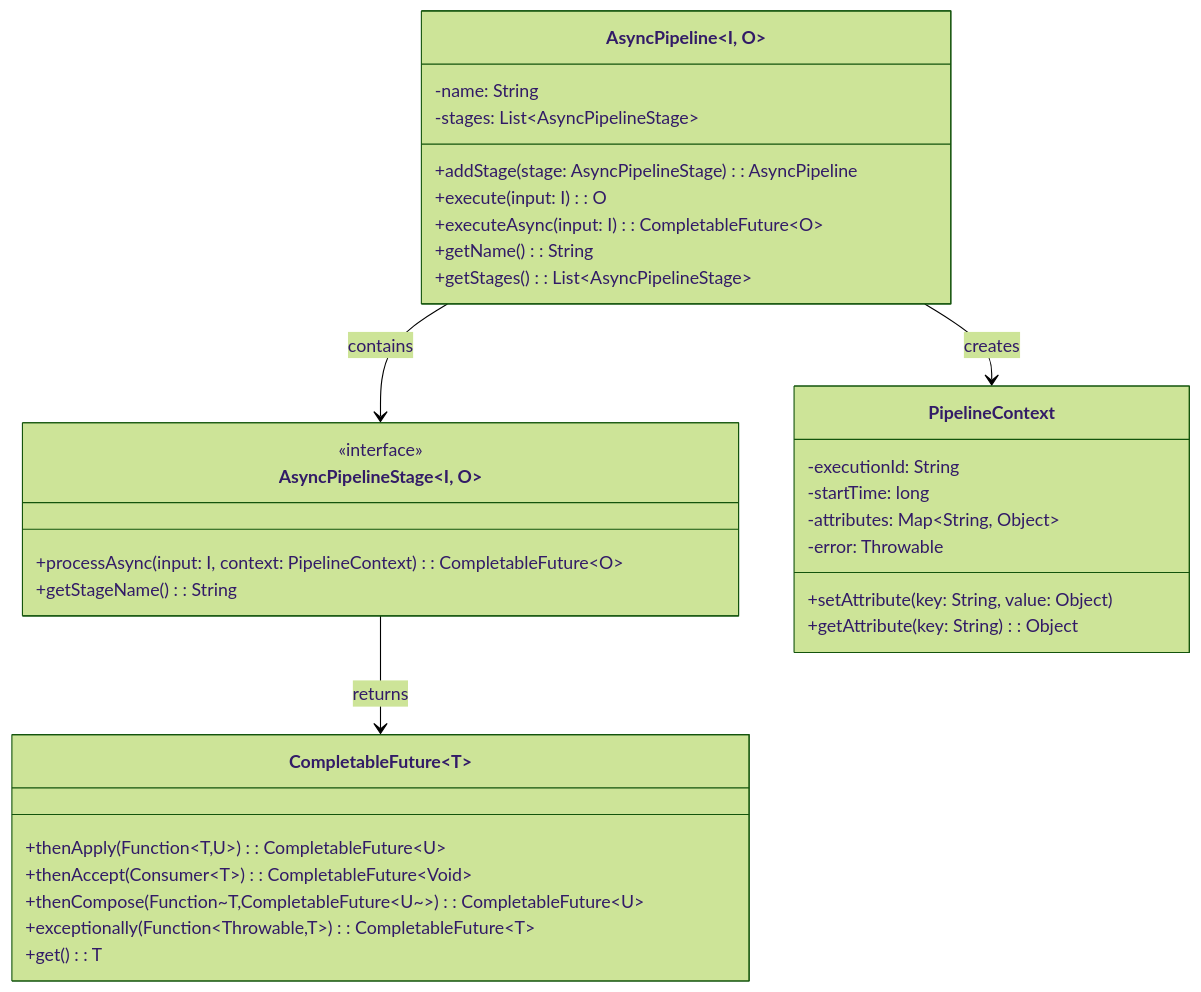
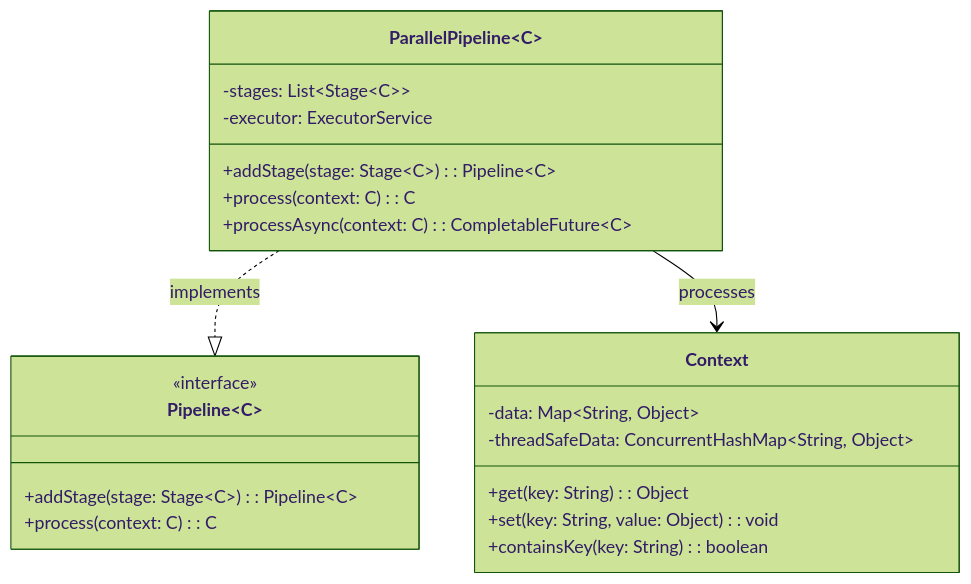
Before and after one commit to scimbe/VS_Pattern_By_KI: the fourth of 11 diagrams in Pipeline/docs/README.md, drawn with Mermaid (forest theme). The commit also changed other lines of this file and 19 other files, not shown here.

````diff
--- a/Pipeline/docs/README.md
+++ b/Pipeline/docs/README.md
@@ -146,39 +124,27 @@
 ```mermaid
 classDiagram
-    class AsyncPipeline~I, O~ {
-        -name: String
-        -stages: List~AsyncPipelineStage~
-        +addStage(stage: AsyncPipelineStage): AsyncPipeline
-        +execute(input: I): O
-        +executeAsync(input: I): CompletableFuture~O~
-        +getName(): String
-        +getStages(): List~AsyncPipelineStage~
+    class Pipeline~C~ {
+        <<interface>>
+        +addStage(stage: Stage~C~): Pipeline~C~
+        +process(context: C): C
     }
 
-    class AsyncPipelineStage~I, O~ {
-        <<interface>>
-        +processAsync(input: I, context: PipelineContext): CompletableFuture~O~
-        +getStageName(): String
+    class ParallelPipeline~C~ {
+        -stages: List~Stage~C~~
+        -executor: ExecutorService
+        +addStage(stage: Stage~C~): Pipeline~C~
+        +process(context: C): C
+        +processAsync(context: C): CompletableFuture~C~
     }
 
-    class PipelineContext {
-        -executionId: String
-        -startTime: long
-        -attributes: Map~String, Object~
-        -error: Throwable
-        +setAttribute(key: String, value: Object)
-        +getAttribute(key: String): Object
-    }
-
-    class CompletableFuture~T~ {
-        +thenApply(Function~T,U~): CompletableFuture~U~
-        +thenAccept(Consumer~T~): CompletableFuture~Void~
-        +thenCompose(Function~T,CompletableFuture~U~~): CompletableFuture~U~
-        +exceptionally(Function~Throwable,T~): CompletableFuture~T~
-        +get(): T
+    class Context {
+        -data: Map~String, Object~
+        -threadSafeData: ConcurrentHashMap~String, Object~
+        +get(key: String): Object
+        +set(key: String, value: Object): void
+        +containsKey(key: String): boolean
     }
     
-    AsyncPipeline --> AsyncPipelineStage : contains
-    AsyncPipeline --> PipelineContext : creates
-    AsyncPipelineStage --> CompletableFuture : returns
+    ParallelPipeline ..|> Pipeline : implements
+    ParallelPipeline --> Context : processes
 ```
````
